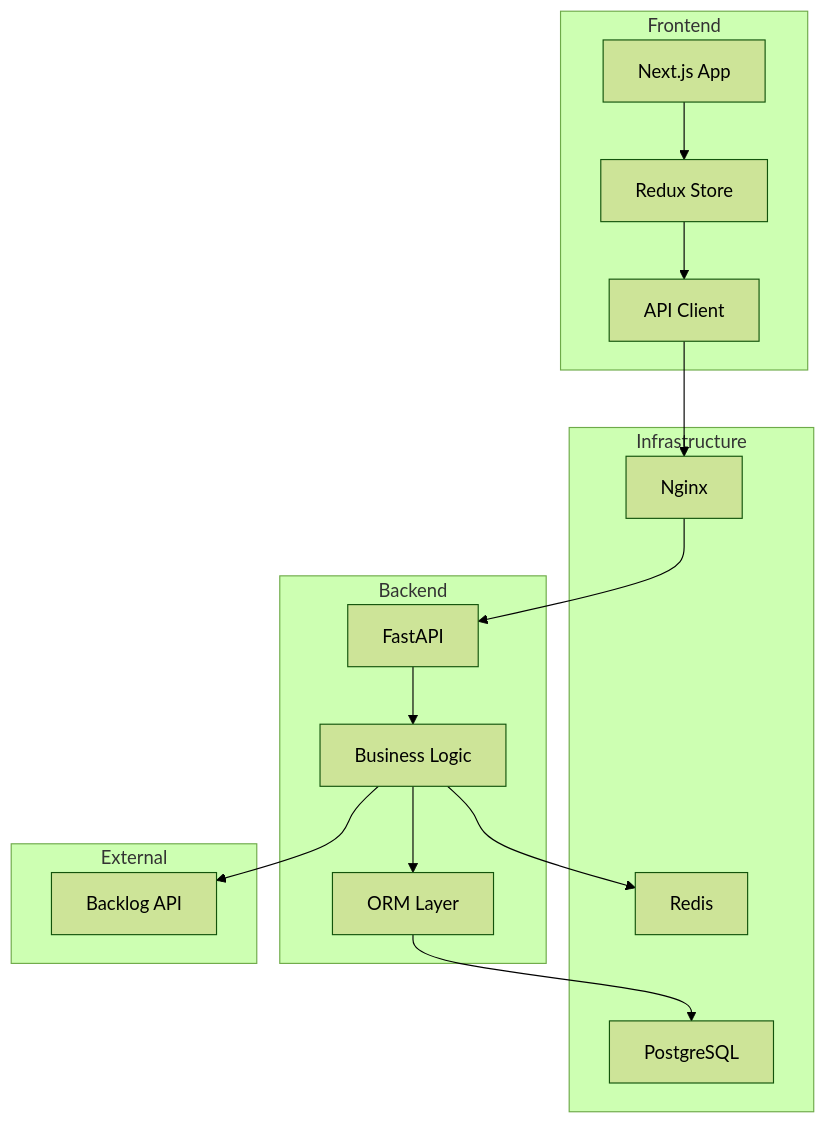
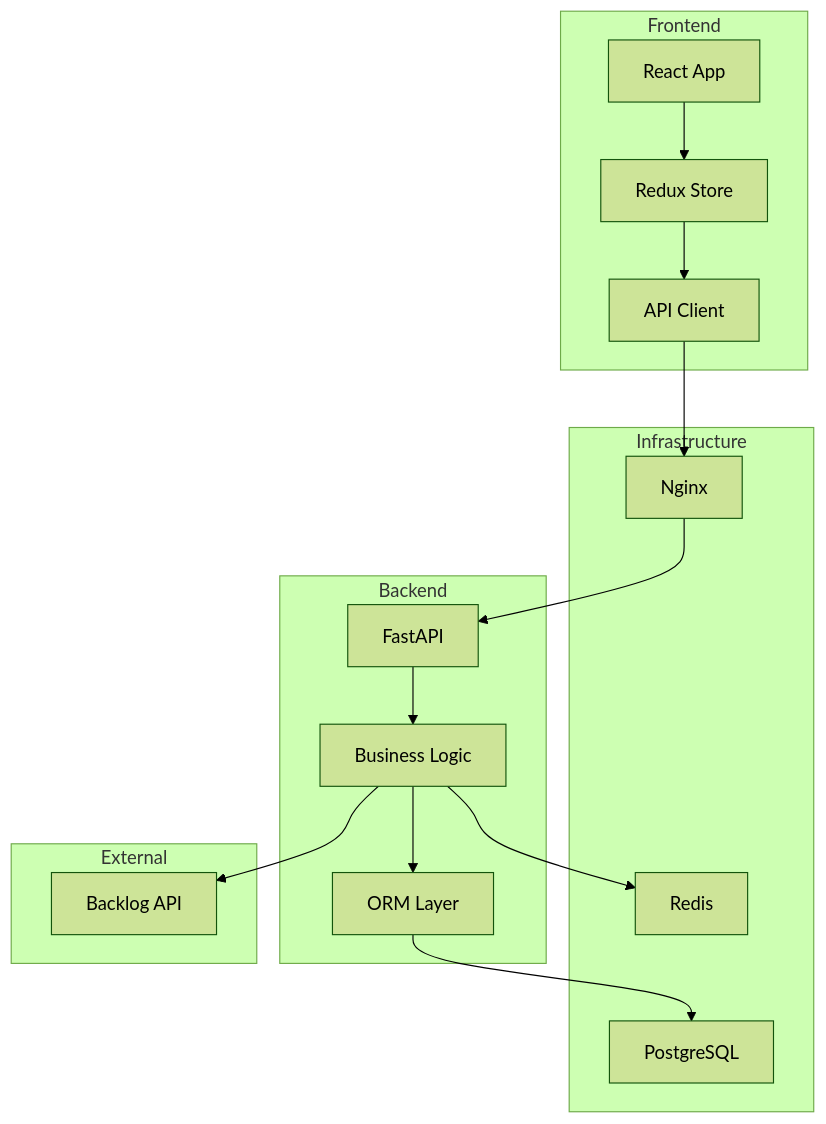
Before and after one commit to rasshii/team-insight: the diagram in README.md, drawn with Mermaid (forest theme). The commit also changed other lines of this file and 2 other files, not shown here.

````diff
--- a/README.md
+++ b/README.md
@@ -470,34 +525,34 @@
 ```mermaid
 graph TB
     subgraph "Frontend"
-        A[Next.js App]
+        A[React App]
         B[Redux Store]
         C[API Client]
     end
 
     subgraph "Backend"
         D[FastAPI]
         E[Business Logic]
         F[ORM Layer]
     end
 
     subgraph "Infrastructure"
         G[PostgreSQL]
         H[Redis]
         I[Nginx]
     end
 
     subgraph "External"
         J[Backlog API]
     end
 
     A --> B
     B --> C
     C --> I
     I --> D
     D --> E
     E --> F
     F --> G
     E --> H
     E --> J
 ```
````
